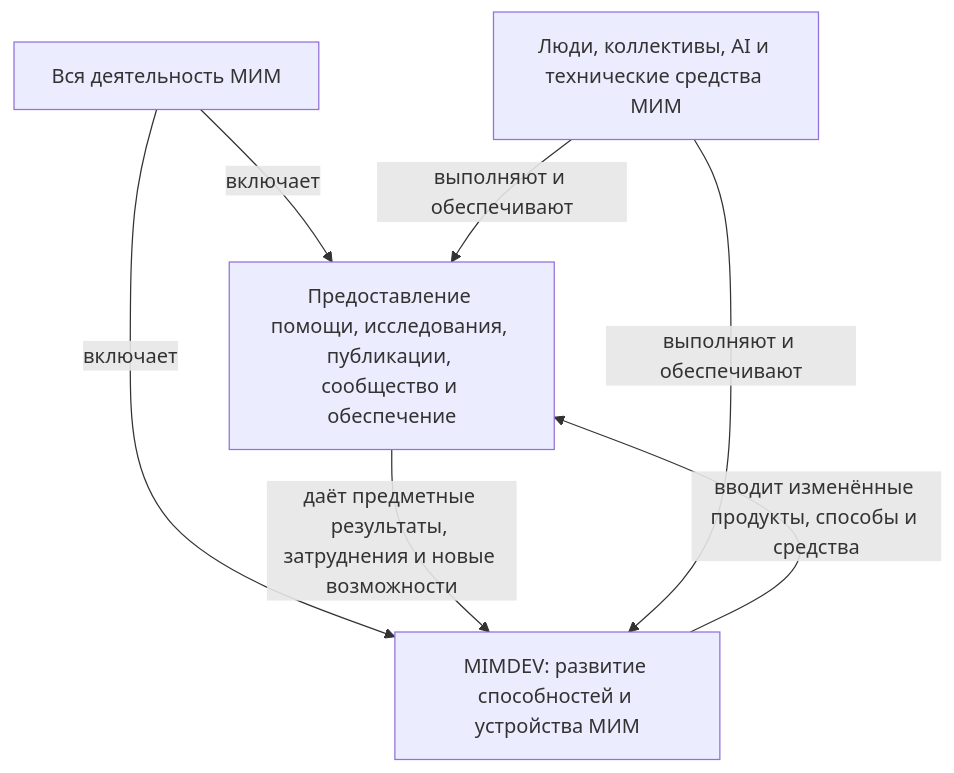
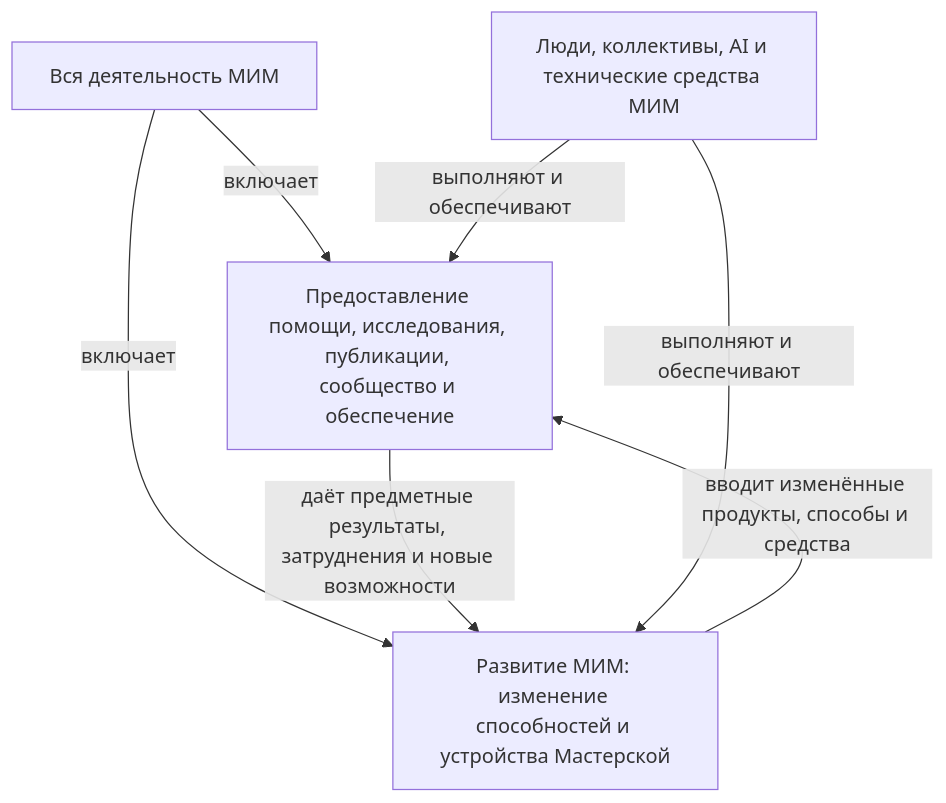
One commit to MimEcoSys/mim-strategy changed the diagram in MIMDEV52-mim-development-architecture.md. Above: the diagram before and after it, drawn with Mermaid. The commit also changed other lines of this file and 11 other files, not shown here.

Commit message:
Clarify MIM development architecture and the scope of MIMDEV strategy

````diff
--- a/MIMDEV52-mim-development-architecture.md
+++ b/MIMDEV52-mim-development-architecture.md
@@ -11,9 +11,9 @@
 ```mermaid
 flowchart TB
     M["Вся деятельность МИМ"] -->|включает| O["Предоставление помощи, исследования, публикации, сообщество и обеспечение"]
-    M -->|включает| D["MIMDEV: развитие способностей и устройства МИМ"]
+    M -->|включает| D["Развитие МИМ: изменение способностей и устройства Мастерской"]
     D -->|вводит изменённые продукты, способы и средства| O
     O -->|даёт предметные результаты, затруднения и новые возможности| D
     P["Люди, коллективы, AI и технические средства МИМ"] -->|выполняют и обеспечивают| O
     P -->|выполняют и обеспечивают| D
 ```
````
